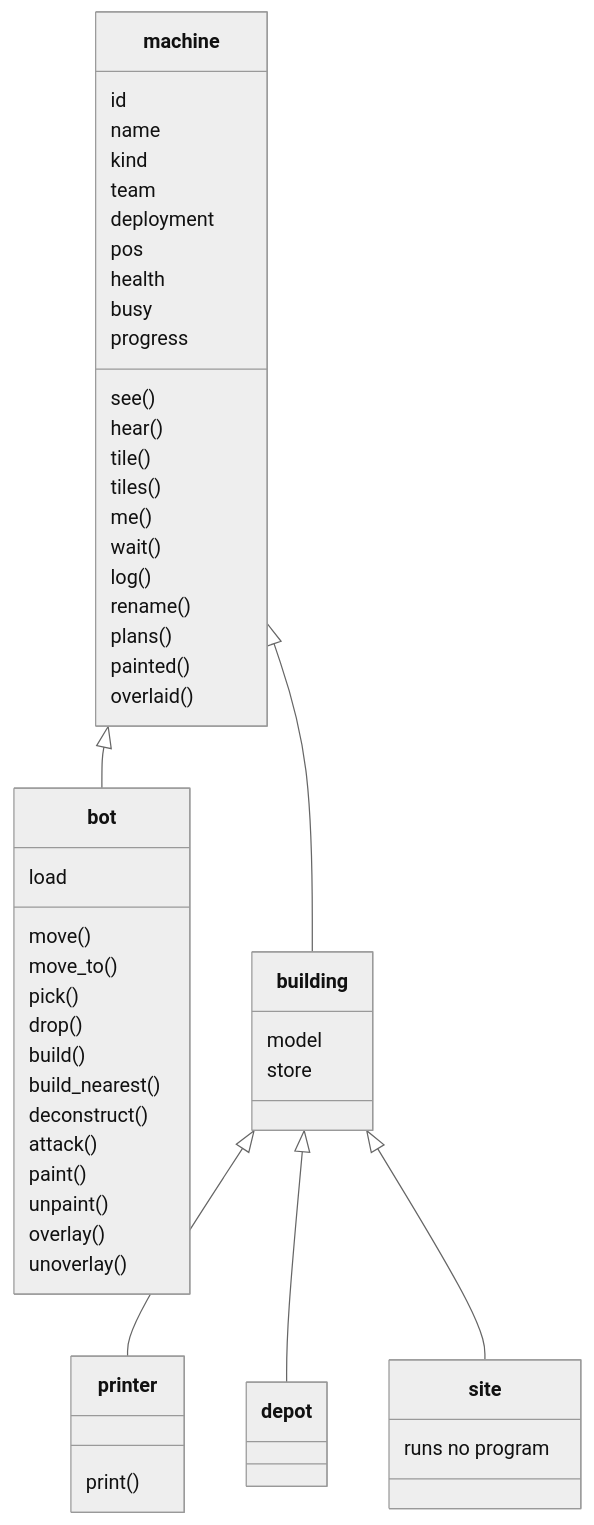
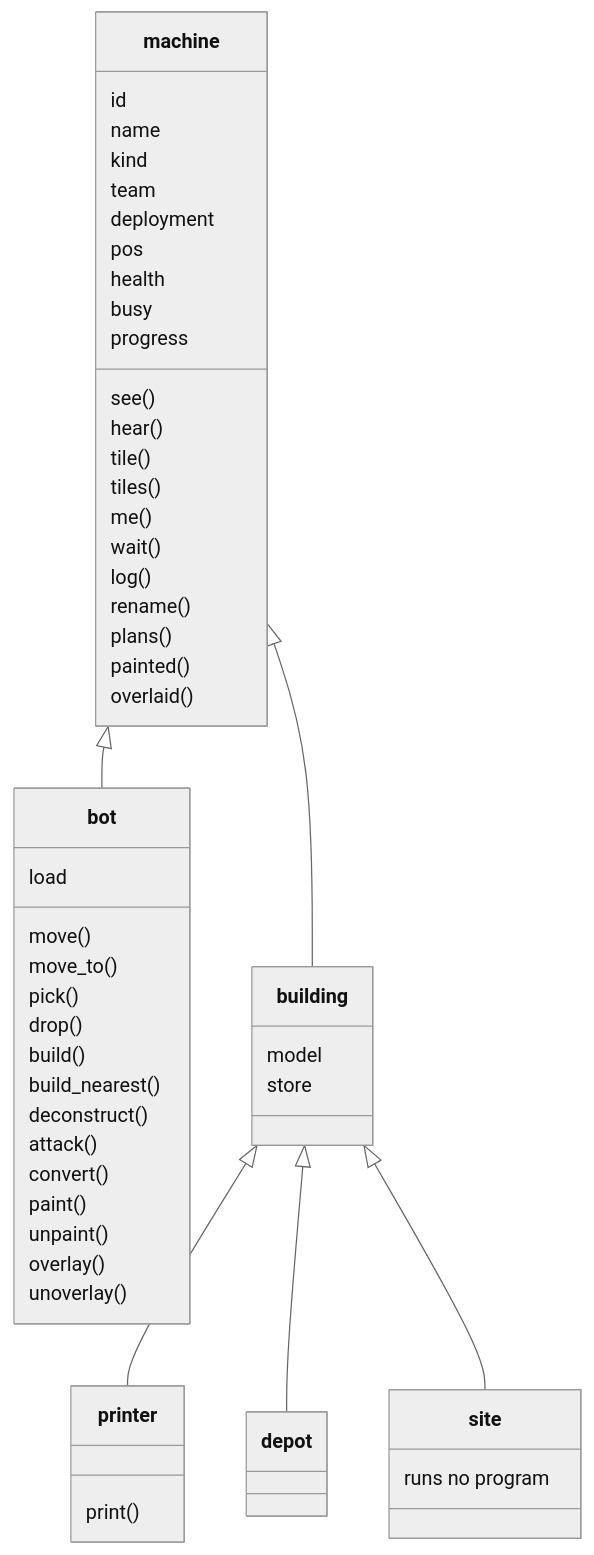
One commit to mmmtastymmm/programming-game-planned-2 changed the diagram in docs/02-machines.md. Above: the diagram before and after it, drawn with Mermaid (neutral theme). The commit also changed other lines of this file and 10 other files, not shown here.

````diff
--- a/docs/02-machines.md
+++ b/docs/02-machines.md
@@ -155,56 +162,57 @@
 ```mermaid
 classDiagram
   class machine {
     id
     name
     kind
     team
     deployment
     pos
     health
     busy
     progress
     see()
     hear()
     tile()
     tiles()
     me()
     wait()
     log()
     rename()
     plans()
     painted()
     overlaid()
   }
   class bot {
     load
     move()
     move_to()
     pick()
     drop()
     build()
     build_nearest()
     deconstruct()
     attack()
+    convert()
     paint()
     unpaint()
     overlay()
     unoverlay()
   }
   class building {
     model
     store
   }
   class printer {
     print()
   }
   class depot
   class site {
     runs no program
   }
   machine <|-- bot
   machine <|-- building
   building <|-- printer
   building <|-- depot
   building <|-- site
 ```
````
